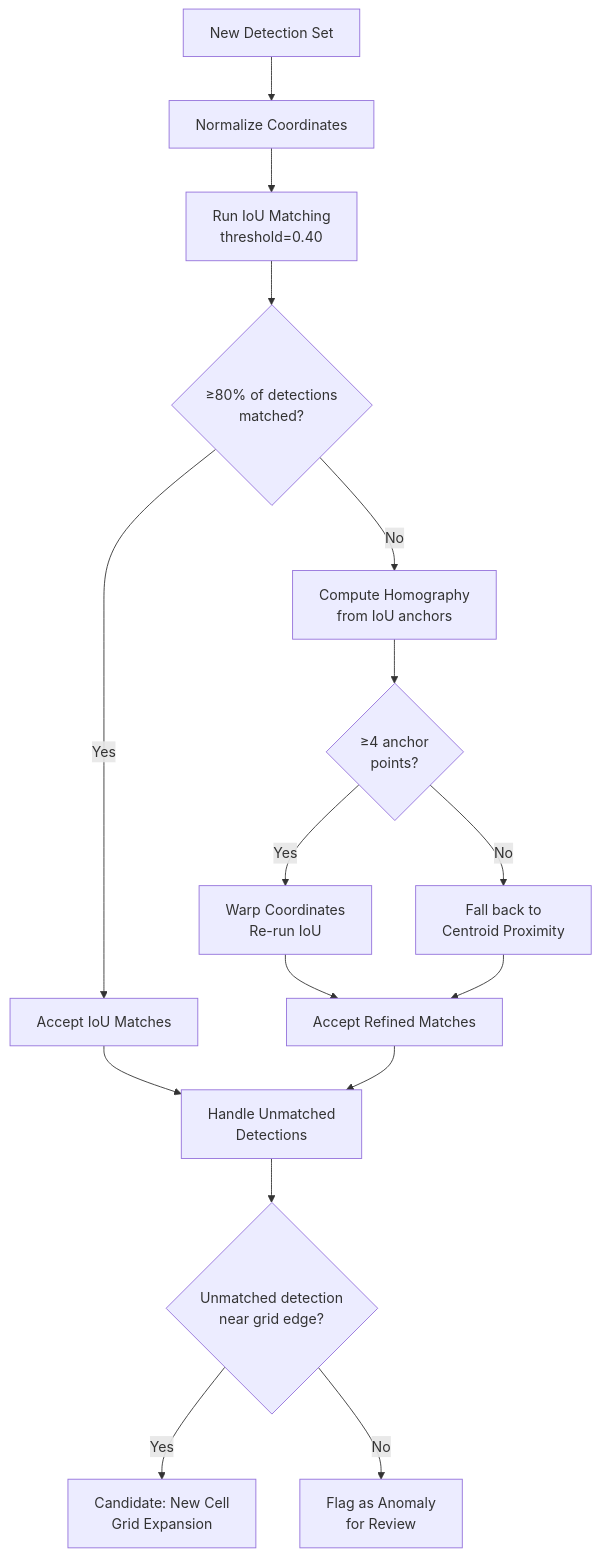
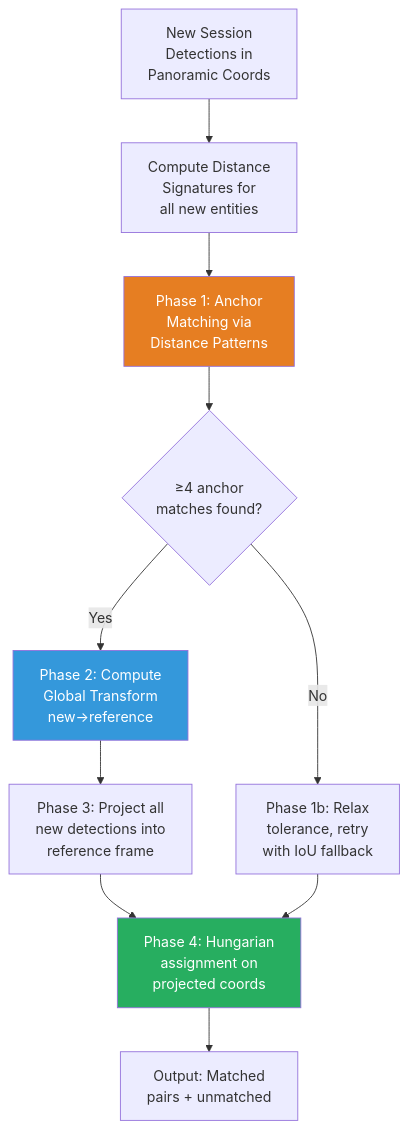
The sixth of 6 diagrams in osa_markdown.md (c3tas1/utils), drawn with Mermaid before and after one commit. The commit also changed other lines of this file, not shown here.

````diff
--- a/osa_markdown.md
+++ b/osa_markdown.md
@@ -376,18 +866,16 @@
 ```mermaid
 graph TD
-    A[New Detection Set] --> B[Normalize Coordinates]
-    B --> C[Run IoU Matching<br/>threshold=0.40]
-    C --> D{≥80% of detections<br/>matched?}
-    D -->|Yes| E[Accept IoU Matches]
-    D -->|No| F[Compute Homography<br/>from IoU anchors]
-    F --> G{≥4 anchor<br/>points?}
-    G -->|Yes| H[Warp Coordinates<br/>Re-run IoU]
-    G -->|No| I[Fall back to<br/>Centroid Proximity]
-    H --> J[Accept Refined Matches]
-    I --> J
-    E --> K[Handle Unmatched<br/>Detections]
-    J --> K
-    K --> L{Unmatched detection<br/>near grid edge?}
-    L -->|Yes| M[Candidate: New Cell<br/>Grid Expansion]
-    L -->|No| N[Flag as Anomaly<br/>for Review]
+    A[New Session<br/>Detections in<br/>Panoramic Coords] --> B[Compute Distance<br/>Signatures for<br/>all new entities]
+    B --> C[Phase 1: Anchor<br/>Matching via<br/>Distance Patterns]
+    C --> D{≥4 anchor<br/>matches found?}
+    D -->|Yes| E[Phase 2: Compute<br/>Global Transform<br/>new→reference]
+    D -->|No| F[Phase 1b: Relax<br/>tolerance, retry<br/>with IoU fallback]
+    E --> G[Phase 3: Project all<br/>new detections into<br/>reference frame]
+    G --> H[Phase 4: Hungarian<br/>assignment on<br/>projected coords]
+    F --> H
+    H --> I[Output: Matched<br/>pairs + unmatched]
+
+    style C fill:#E67E22,color:#fff
+    style E fill:#3498DB,color:#fff
+    style H fill:#27AE60,color:#fff
 ```
````
